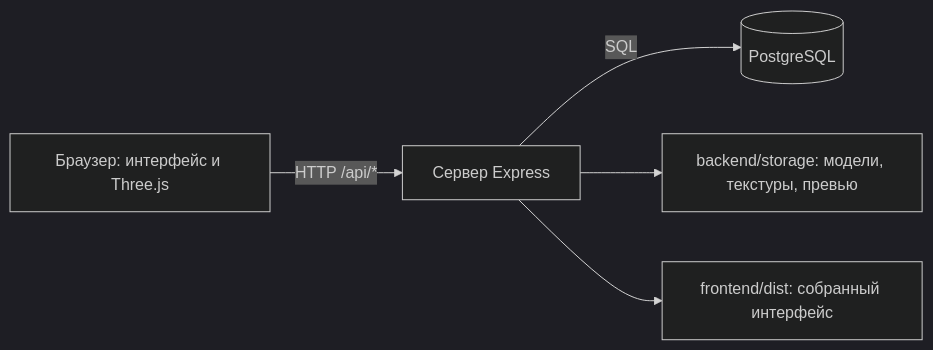
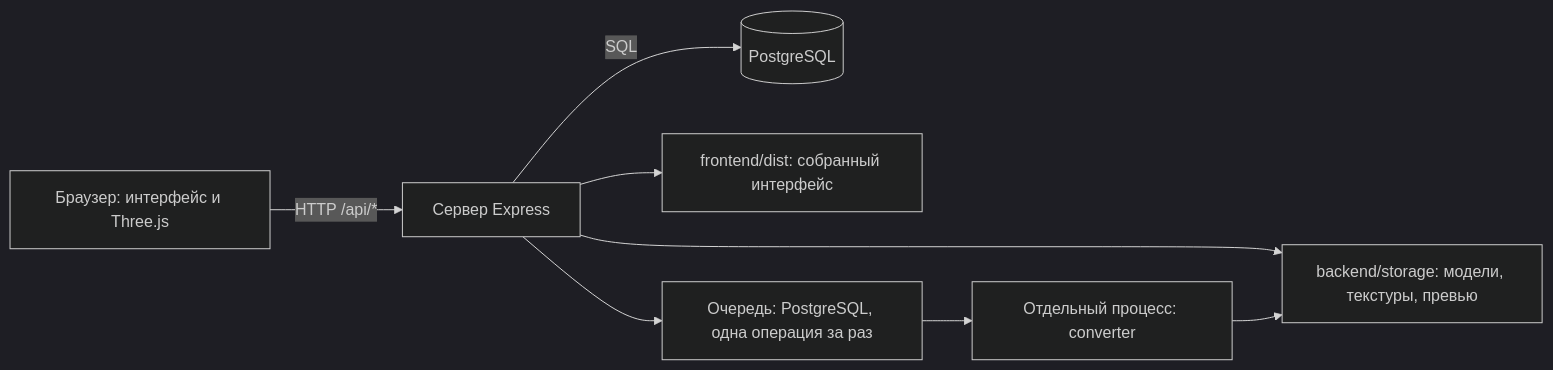
Before and after one commit to VladimirEngels/3d-catalog: the diagram in docs/ARCHITECTURE.md, drawn with Mermaid (dark theme). The commit also changed other lines of this file and 35 other files, not shown here.

````diff
--- a/docs/ARCHITECTURE.md
+++ b/docs/ARCHITECTURE.md
@@ -14,7 +14,10 @@
 ```mermaid
 flowchart LR
     Browser["Браузер: интерфейс и Three.js"] -->|"HTTP /api/*"| Server["Сервер Express"]
     Server -->|SQL| Database[(PostgreSQL)]
     Server --> Storage["backend/storage: модели, текстуры, превью"]
     Server --> Build["frontend/dist: собранный интерфейс"]
+    Server --> Queue["Очередь: PostgreSQL, одна операция за раз"]
+    Queue --> Converter["Отдельный процесс: converter"]
+    Converter --> Storage
 ```
````
